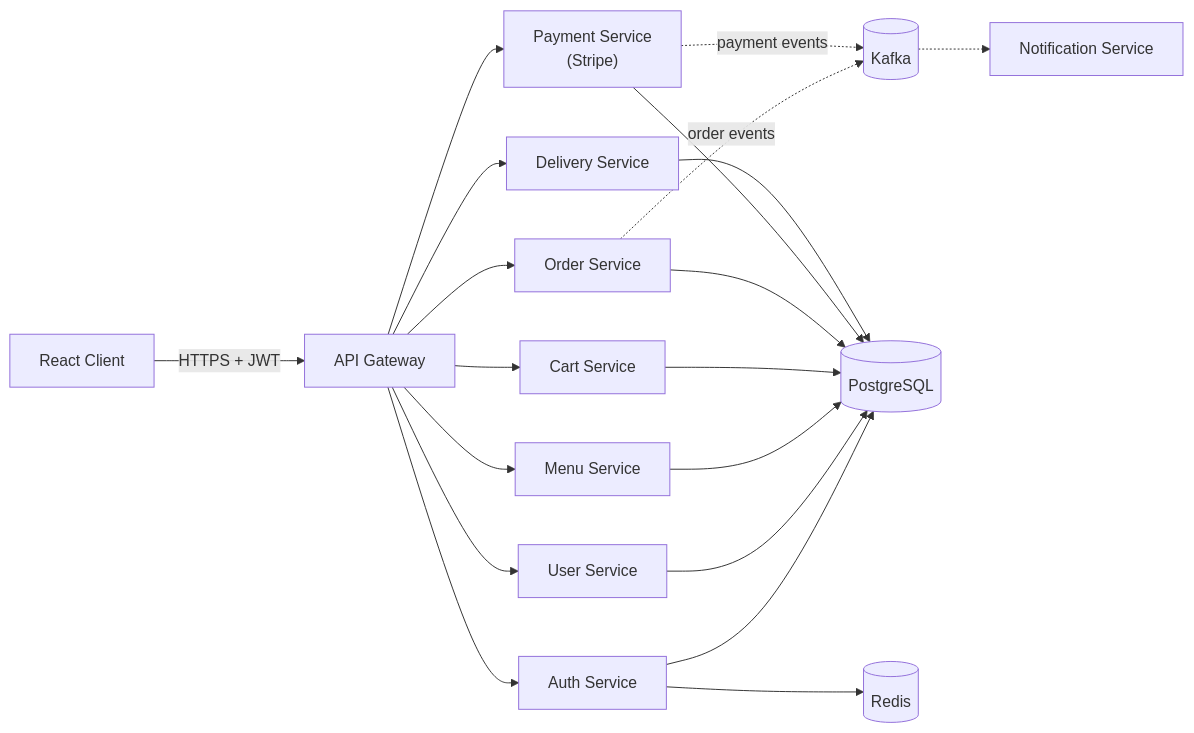
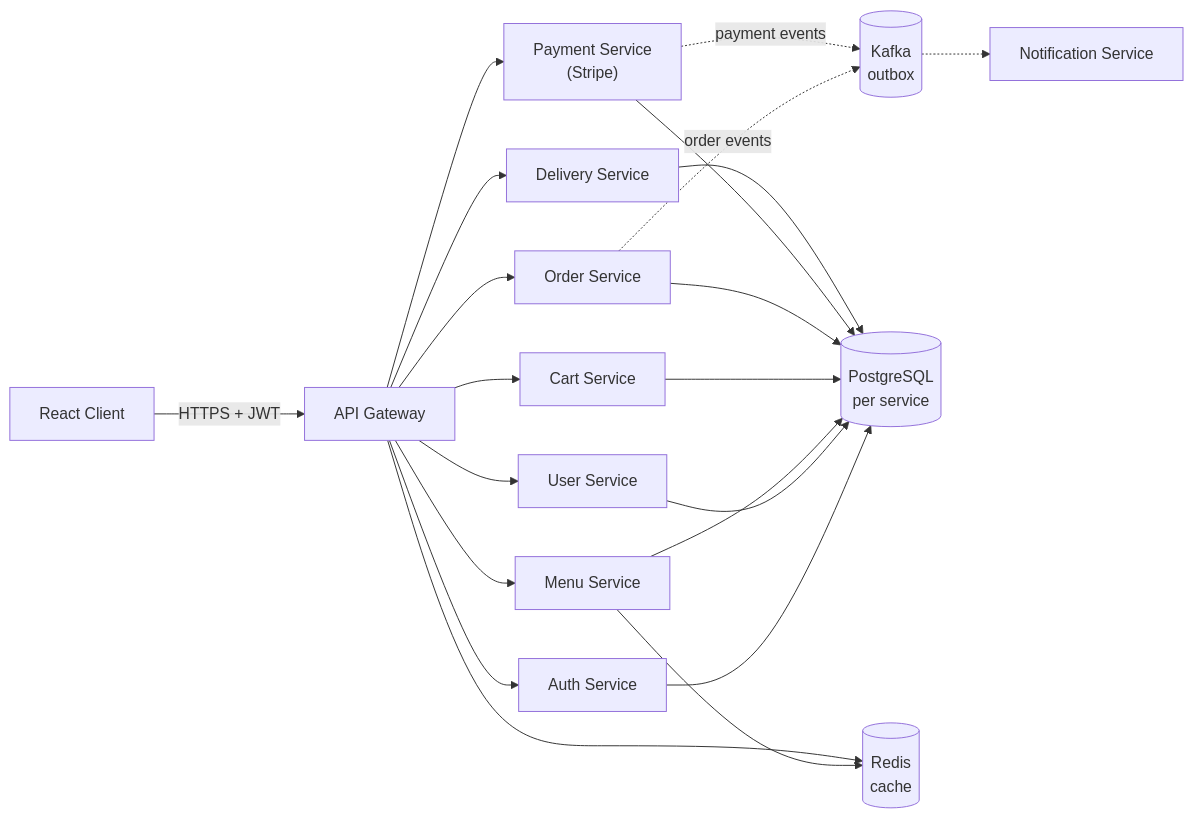
Before and after one commit to Anushchinnasamy/AnushChinnasamy: the first of 5 diagrams in README.md, drawn with Mermaid. The commit also changed other lines of this file and 1 other file, not shown here.

````diff
--- a/README.md
+++ b/README.md
@@ -176,24 +154,25 @@
 ```mermaid
 flowchart LR
     Client["React Client"] -->|HTTPS + JWT| GW["API Gateway"]
     GW --> AUTH["Auth Service"]
     GW --> USER["User Service"]
     GW --> MENU["Menu Service"]
     GW --> CART["Cart Service"]
     GW --> ORDER["Order Service"]
     GW --> PAY["Payment Service<br/>(Stripe)"]
     GW --> DEL["Delivery Service"]
 
-    ORDER -.->|order events| KAFKA[("Kafka")]
+    ORDER -.->|order events| KAFKA[("Kafka<br/>outbox")]
     PAY -.->|payment events| KAFKA
     KAFKA -.-> NOTIFY["Notification Service"]
 
-    AUTH --> PG[("PostgreSQL")]
+    AUTH --> PG[("PostgreSQL<br/>per service")]
     USER --> PG
     MENU --> PG
     CART --> PG
     ORDER --> PG
     PAY --> PG
     DEL --> PG
-    AUTH --> REDIS[("Redis")]
+    MENU --> REDIS[("Redis<br/>cache")]
+    GW --> REDIS
 ```
````
